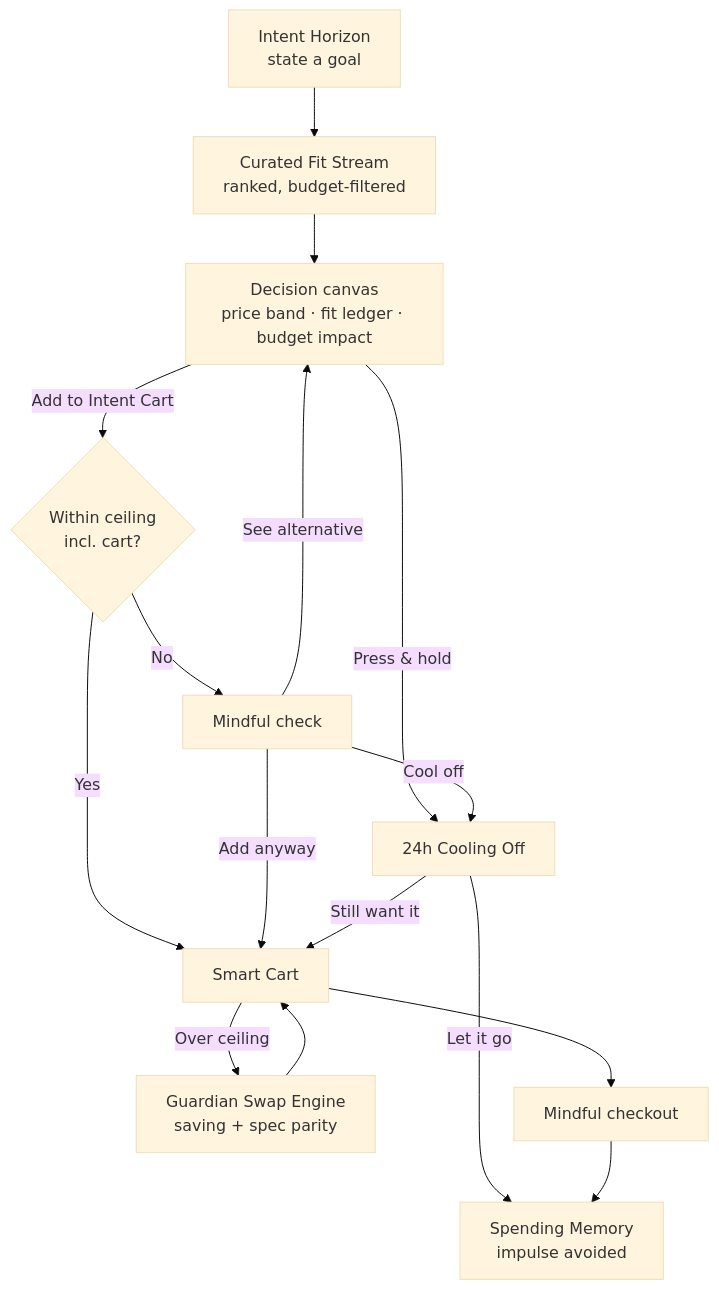
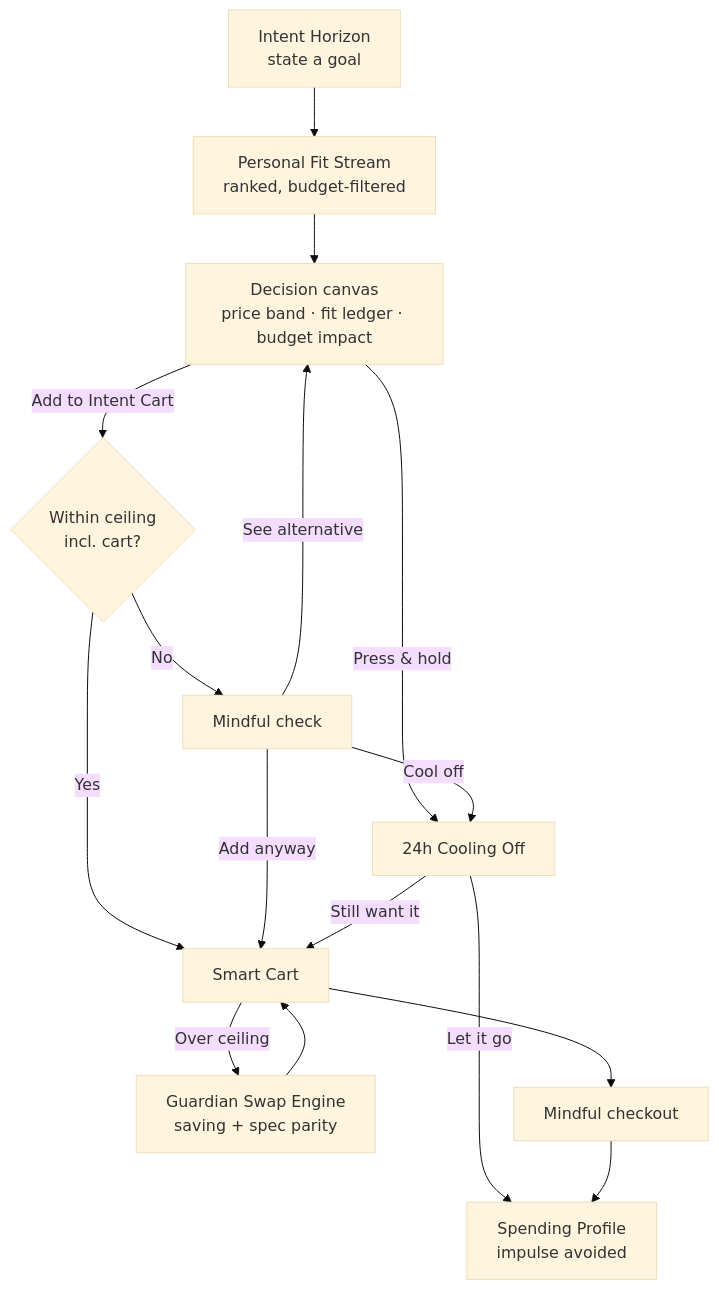
One commit to KrishKamra/Clarion changed the diagram in README.md. Above: the diagram before and after it, drawn with Mermaid (base theme). The commit also changed other lines of this file and 65 other files, not shown here.

````diff
--- a/README.md
+++ b/README.md
@@ -29,18 +29,18 @@
 ```mermaid
 flowchart TD
-  A["Intent Horizon<br/>state a goal"] --> B["Curated Fit Stream<br/>ranked, budget-filtered"]
+  A["Intent Horizon<br/>state a goal"] --> B["Personal Fit Stream<br/>ranked, budget-filtered"]
   B --> C["Decision canvas<br/>price band · fit ledger · budget impact"]
   C -->|"Add to Intent Cart"| D{"Within ceiling<br/>incl. cart?"}
   C -->|"Press & hold"| H["24h Cooling Off"]
   D -->|"Yes"| E["Smart Cart"]
   D -->|"No"| M["Mindful check"]
   M -->|"Cool off"| H
   M -->|"See alternative"| C
   M -->|"Add anyway"| E
   E -->|"Over ceiling"| S["Guardian Swap Engine<br/>saving + spec parity"]
   S --> E
   E --> K["Mindful checkout"]
-  H -->|"Let it go"| W["Spending Memory<br/>impulse avoided"]
+  H -->|"Let it go"| W["Spending Profile<br/>impulse avoided"]
   H -->|"Still want it"| E
   K --> W
 ```
````
